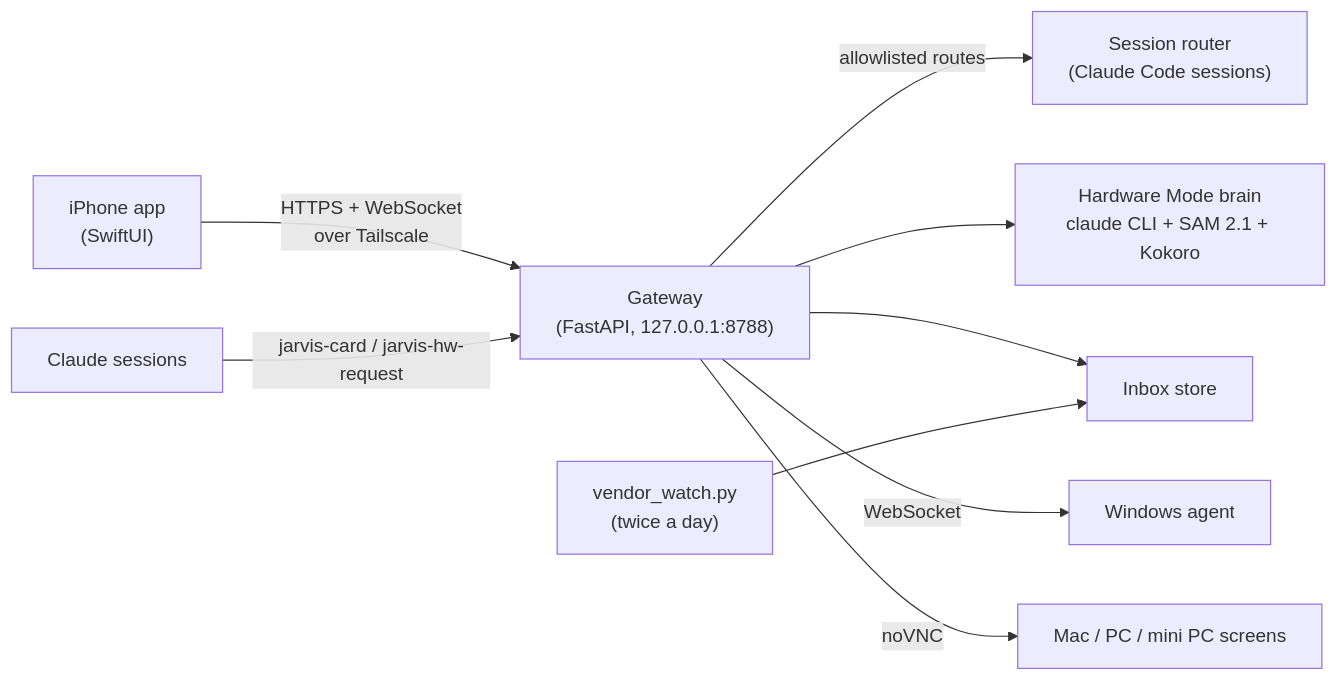
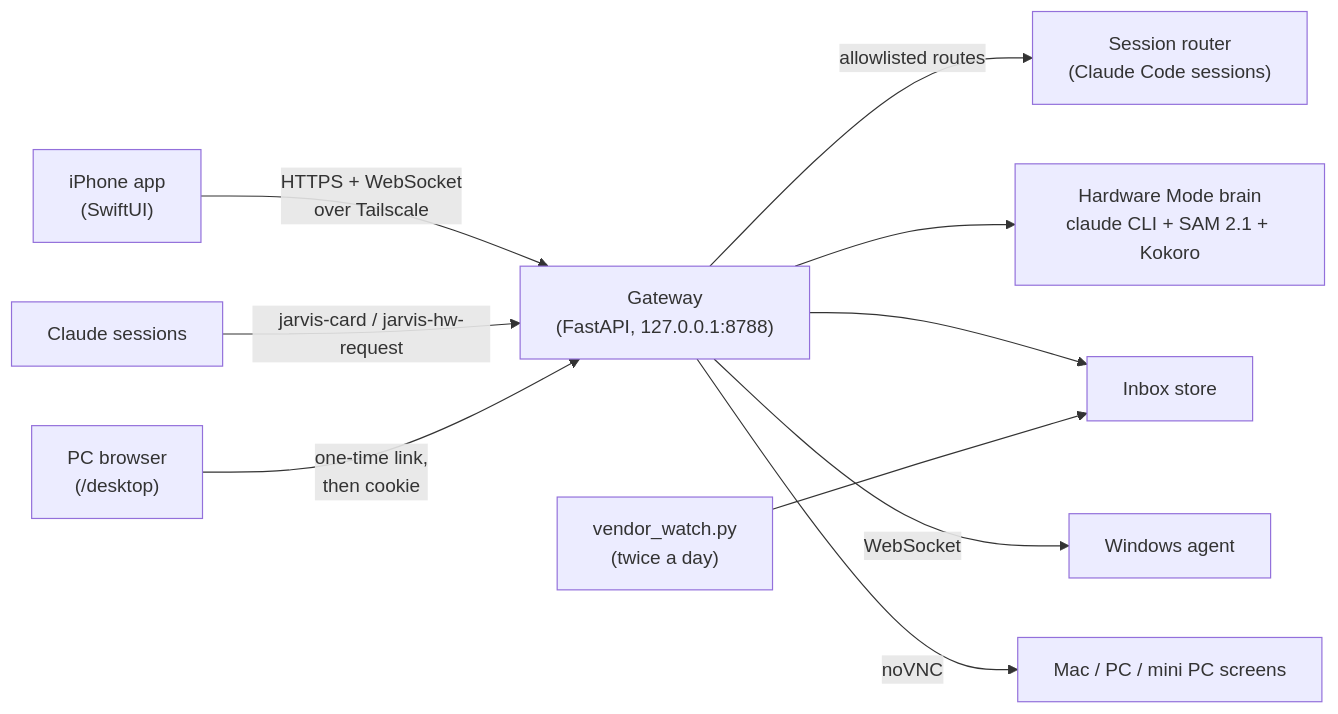
The diagram in README.md (HXSmc/jarvis-companion), drawn with Mermaid before and after one commit. The commit also changed other lines of this file and 4 other files, not shown here.

````diff
--- a/README.md
+++ b/README.md
@@ -128,11 +147,12 @@
 ```mermaid
 flowchart LR
     phone["iPhone app<br/>(SwiftUI)"] -- "HTTPS + WebSocket<br/>over Tailscale" --> gw["Gateway<br/>(FastAPI, 127.0.0.1:8788)"]
     gw -- "allowlisted routes" --> router["Session router<br/>(Claude Code sessions)"]
     gw --> hw["Hardware Mode brain<br/>claude CLI + SAM 2.1 + Kokoro"]
     gw --> inbox["Inbox store"]
     watcher["vendor_watch.py<br/>(twice a day)"] --> inbox
     sessions["Claude sessions"] -- "jarvis-card / jarvis-hw-request" --> gw
     gw -- "WebSocket" --> win["Windows agent"]
+    desk["PC browser<br/>(/desktop)"] -- "one-time link,<br/>then cookie" --> gw
     gw -- "noVNC" --> screens["Mac / PC / mini PC screens"]
 ```
````
